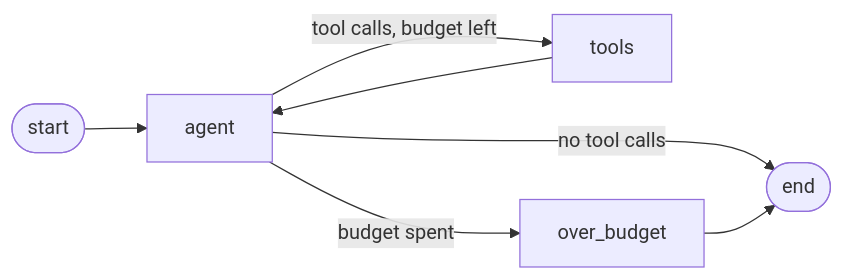
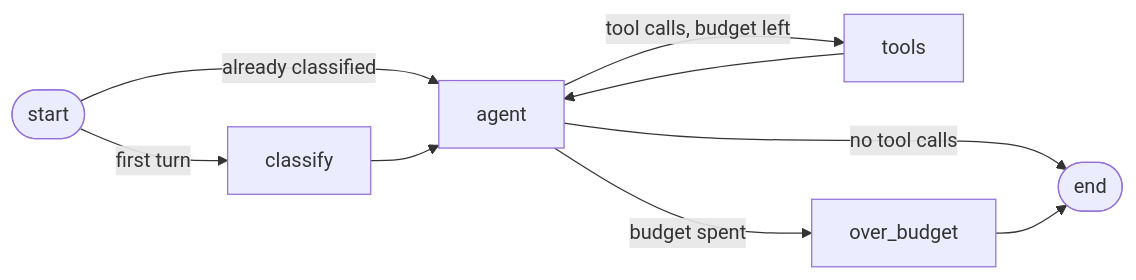
The diagram in docs/guides/agent.md (olegood/deskpilot), drawn with Mermaid before and after one commit. The commit also changed other lines of this file and 16 other files, not shown here.

Commit message:
feat(graph): classify tickets once and pass the label to the agent as a hint

````diff
--- a/docs/guides/agent.md
+++ b/docs/guides/agent.md
@@ -77,9 +77,11 @@
 ```mermaid
 flowchart LR
-    START([start]) --> A[agent]
+    START([start]) -->|first turn| C[classify]
+    START -->|already classified| A[agent]
+    C --> A[agent]
     A -->|no tool calls| E([end])
     A -->|tool calls, budget left| T[tools]
     A -->|budget spent| O[over_budget]
     T --> A
     O --> E
 ```
````
